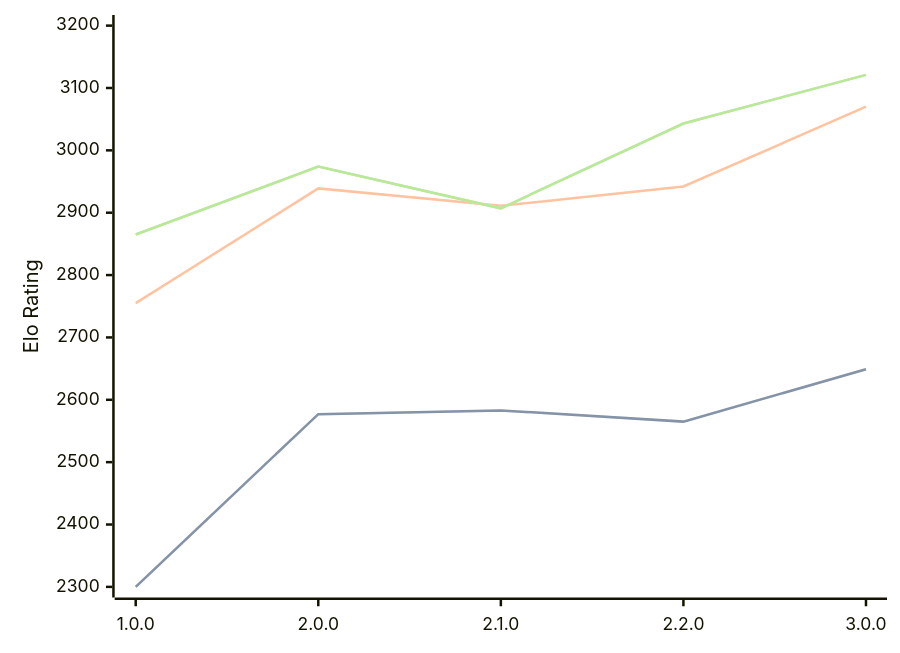
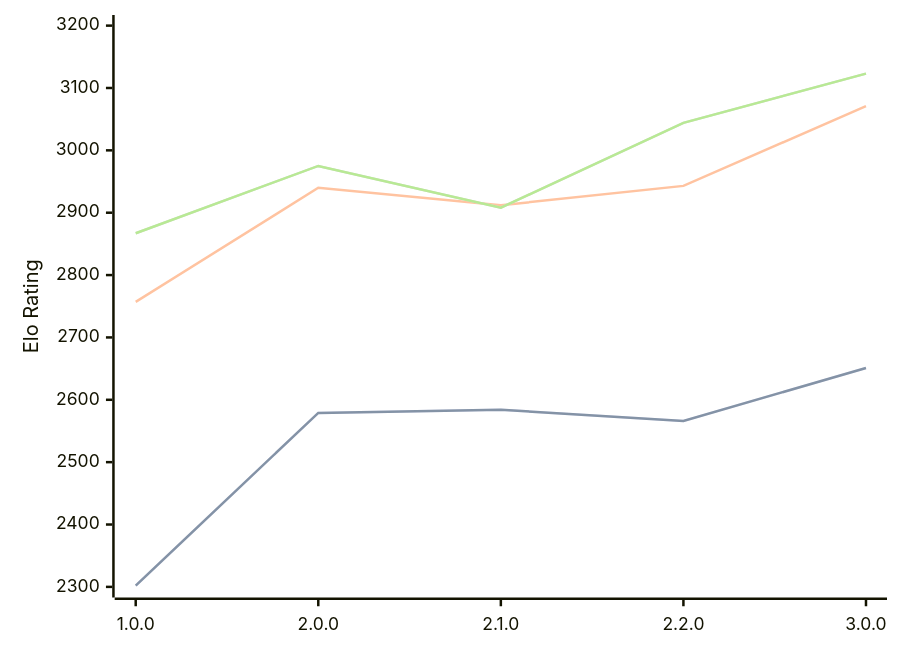
Before and after one commit to computer-chess-index/cci: the diagram in engines/Catalyst.md, drawn with Mermaid. The commit also changed other lines of this file, not shown here.

Commit message:
Update CCI Ratings (ELO VLTC) - 2026-08-09

````diff
--- a/engines/Catalyst.md
+++ b/engines/Catalyst.md
@@ -36,11 +36,11 @@
 ```mermaid
 %%{init: {"theme":"base","themeVariables":{"seriesColors:['#a3a3a3','#222221','#faa371']}}}%%
 xychart-beta
   x-axis ["1.0.0", "2.0.0", "2.1.0", "2.2.0", "3.0.0"]
   y-axis "Elo Rating" 2300 --> 3200
-  line "STC (8.0+0.08s)" [2300, 2577, 2583, 2565, 2649]
-  line "STC (8.0+0.08s)" [2300, 2577, 2583, 2565, 2649]
-  line "LTC (60.0+0.60s)" [2755, 2939, 2911, 2942, 3070]
-  line "VLTC (2m24s+1.12s)" [2865, 2974, 2907, 3043, 3121]
-  line "VLTC (2m24s+1.12s)" [2865, 2974, 2907, 3043, 3121]
+  line "STC (8.0+0.08s)" [2302, 2579, 2584, 2566, 2651]
+  line "STC (8.0+0.08s)" [2302, 2579, 2584, 2566, 2651]
+  line "LTC (60.0+0.60s)" [2757, 2940, 2912, 2943, 3071]
+  line "VLTC (2m24s+1.12s)" [2867, 2975, 2908, 3044, 3123]
+  line "VLTC (2m24s+1.12s)" [2867, 2975, 2908, 3044, 3123]
 ```
````
